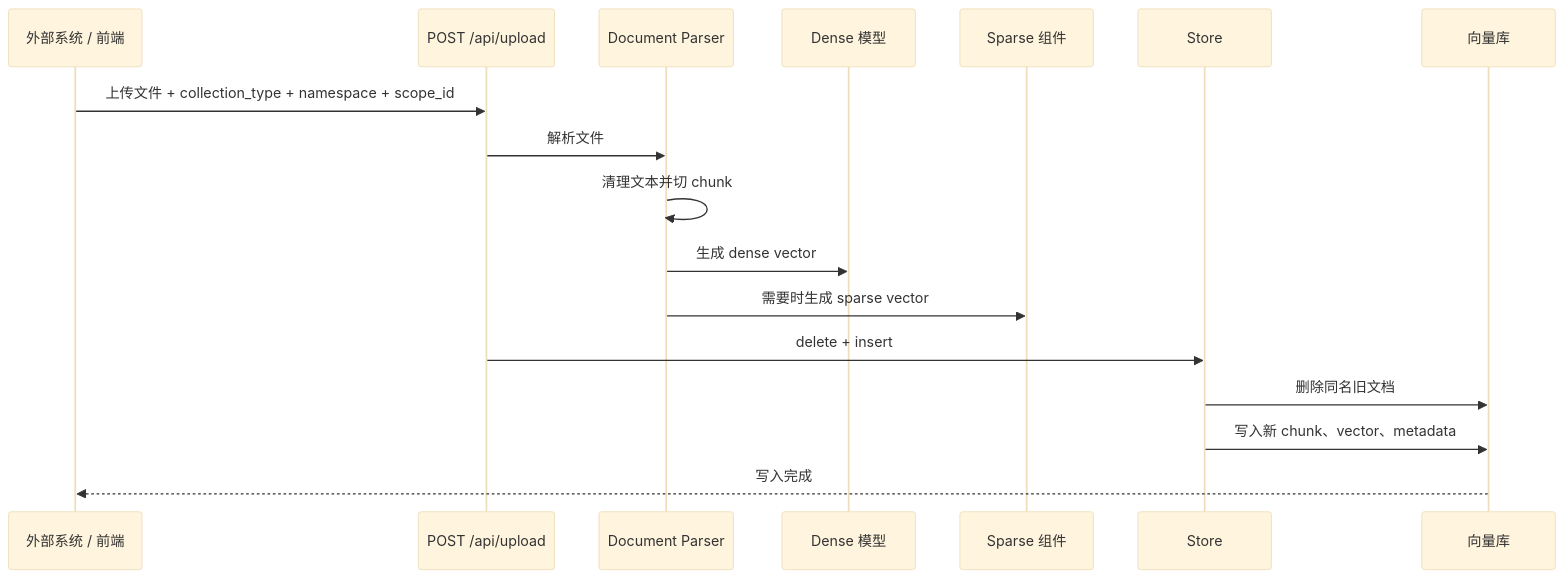
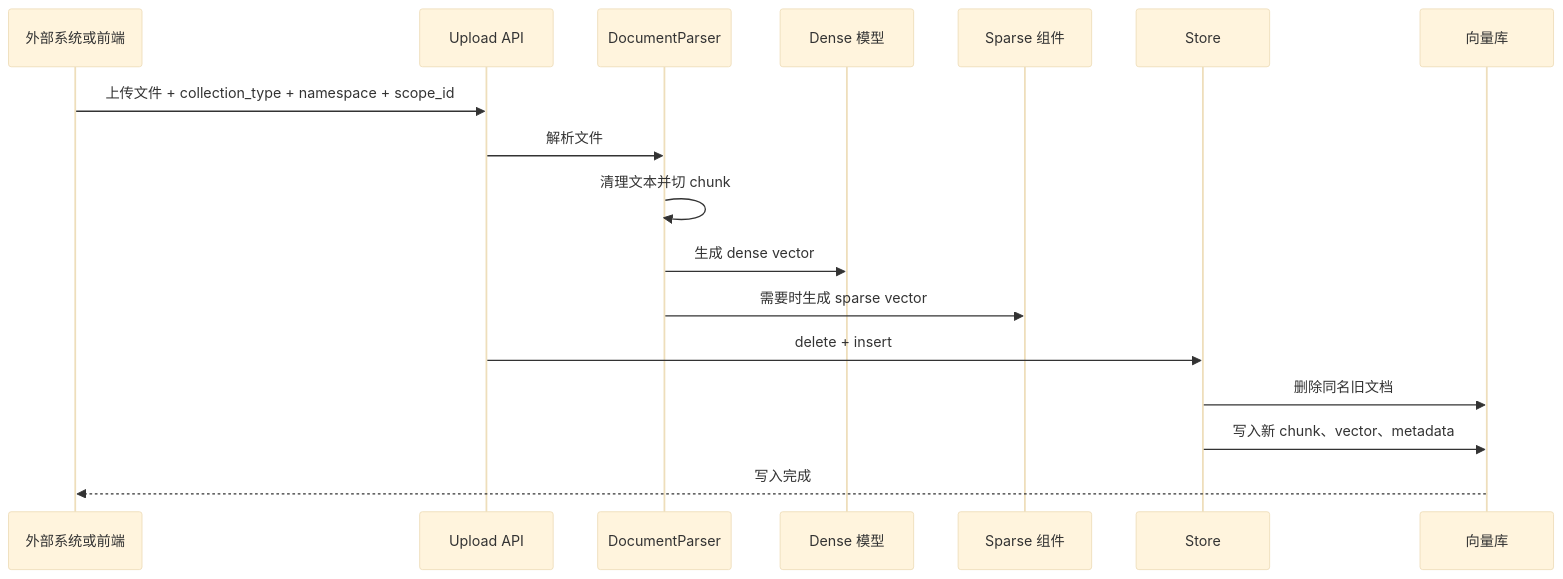
One commit to guobinqiu/new_brain changed the third of 4 diagrams in docs/architecture.md. Above: the diagram before and after it, drawn with Mermaid (base theme). The commit also changed other lines of this file, not shown here.

Commit message:
补充架构流程图

````diff
--- a/docs/architecture.md
+++ b/docs/architecture.md
@@ -103,20 +103,20 @@
 ```mermaid
 sequenceDiagram
-  participant Client as 外部系统 / 前端
-  participant API as POST /api/upload
-  participant Parser as Document Parser
+  participant Client as 外部系统或前端
+  participant API as Upload API
+  participant Parser as DocumentParser
   participant Dense as Dense 模型
   participant Sparse as Sparse 组件
   participant Store as Store
   participant DB as 向量库
 
   Client->>API: 上传文件 + collection_type + namespace + scope_id
   API->>Parser: 解析文件
   Parser->>Parser: 清理文本并切 chunk
   Parser->>Dense: 生成 dense vector
   Parser->>Sparse: 需要时生成 sparse vector
   API->>Store: delete + insert
   Store->>DB: 删除同名旧文档
   Store->>DB: 写入新 chunk、vector、metadata
   DB-->>Client: 写入完成
 ```
````
